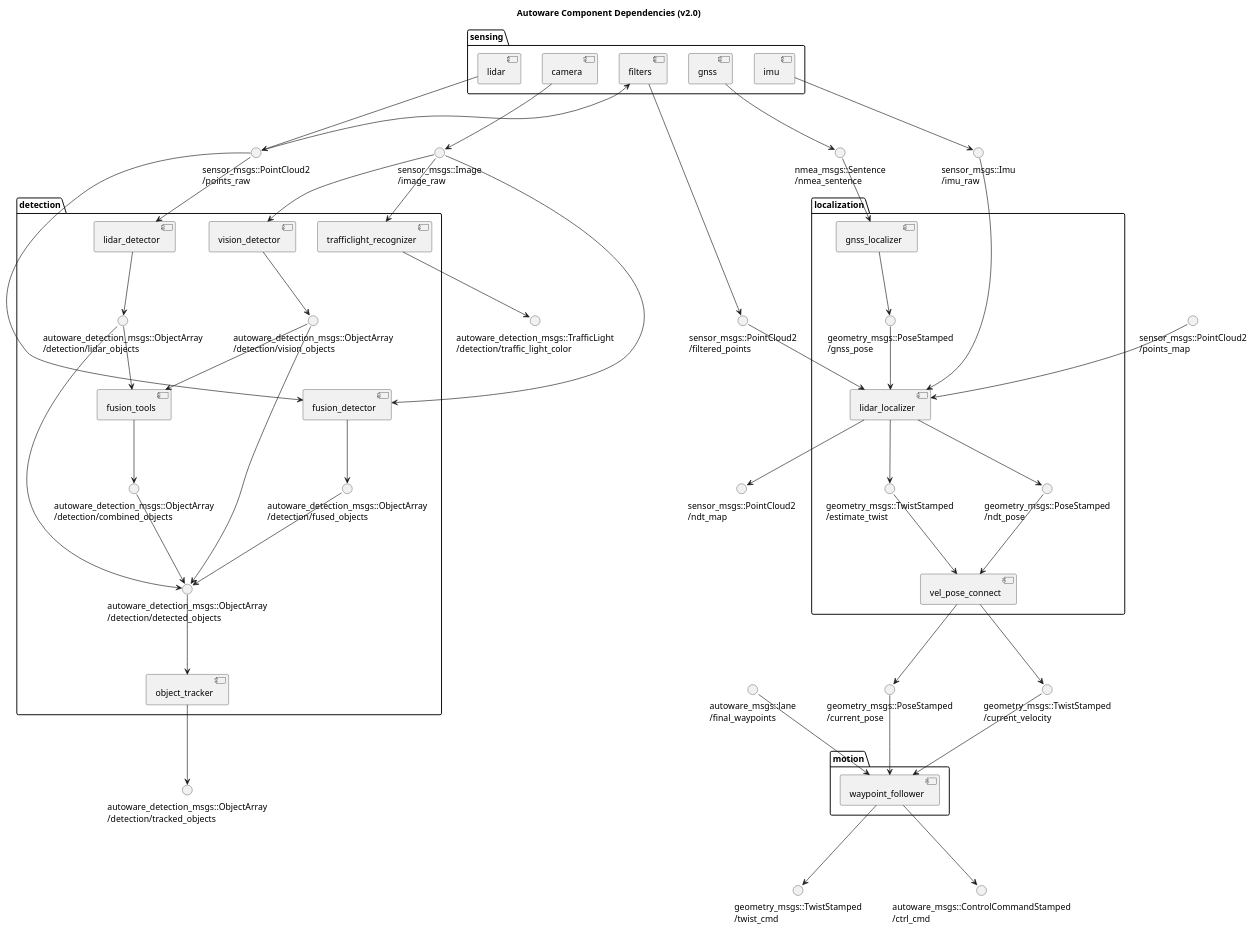
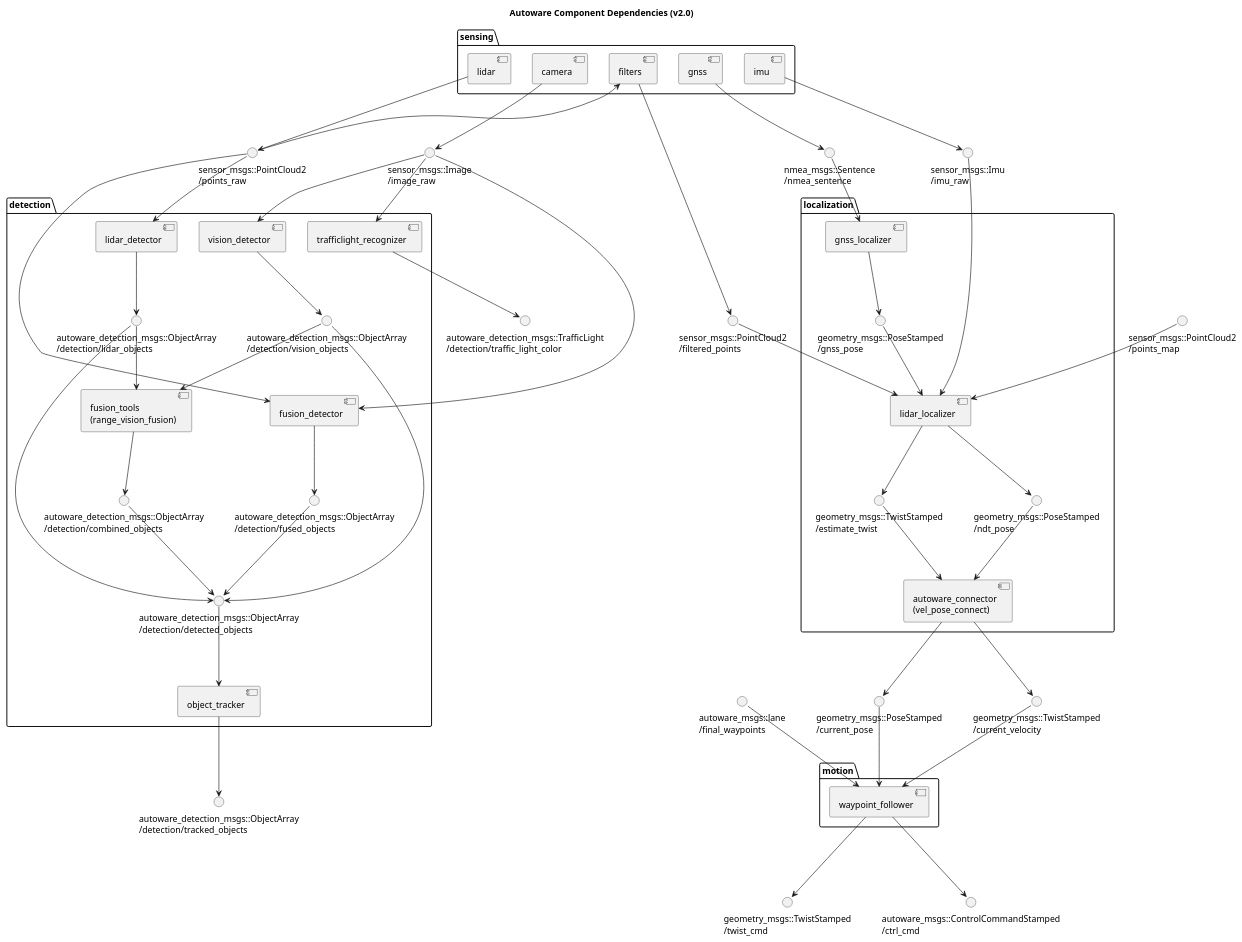
The diagram in docs/architecture/ComponentDiagram.pu (heyuliang/Autoware), drawn with PlantUML before and after one commit.

Commit message:
Show node name for util package

```diff
--- a/docs/architecture/ComponentDiagram.pu
+++ b/docs/architecture/ComponentDiagram.pu
@@ -1,148 +1,146 @@
 @startuml
 
 title Autoware Component Dependencies (v2.0)
 
 () "sensor_msgs::Image\n/image_raw" as image_raw
 () "sensor_msgs::PointCloud2\n/points_raw" as points_raw
 () "sensor_msgs::PointCloud2\n/filtered_points" as filtered_points
 () "sensor_msgs::Imu\n/imu_raw" as imu_raw 
 () "nmea_msgs::Sentence\n/nmea_sentence" as nmea_sentence
 
 folder sensing {
     [camera]
     'outputs
     camera --> image_raw
 
     [lidar]
     'outputs
     lidar --> points_raw
 
     [filters]
     'inputs
     points_raw --> filters
     'outputs
     filters --> filtered_points
 
     [imu]
     'outputs
     imu --> imu_raw
 
     [gnss]
     'outputs
     gnss --> nmea_sentence
 }
 
 () "autoware_detection_msgs::ObjectArray\n/detection/tracked_objects" as tracked_objects
 () "autoware_detection_msgs::TrafficLight\n/detection/traffic_light_color" as traffic_light_color
 
 folder detection {
     () "autoware_detection_msgs::ObjectArray\n/detection/vision_objects" as detected_objects_vision
     () "autoware_detection_msgs::ObjectArray\n/detection/lidar_objects" as detected_objects_lidar
     () "autoware_detection_msgs::ObjectArray\n/detection/combined_objects" as detected_objects_combined
     () "autoware_detection_msgs::ObjectArray\n/detection/fused_objects" as detected_objects_fused
     () "autoware_detection_msgs::ObjectArray\n/detection/detected_objects" as detected_objects
 
     [vision_detector]
     'inputs
     image_raw --> vision_detector
     'outputs
     vision_detector --> detected_objects_vision
 
     [lidar_detector]
     'inputs
     points_raw --> lidar_detector
     'outputs
     lidar_detector --> detected_objects_lidar
 
     [fusion_detector]
     'inputs
     image_raw --> fusion_detector
     points_raw --> fusion_detector
     'outputs
     fusion_detector --> detected_objects_fused
 
-    [fusion_tools]
+    [fusion_tools\n(range_vision_fusion)] as fusion_tools
     'inputs
     detected_objects_vision --> fusion_tools
     detected_objects_lidar --> fusion_tools
     'outputs
     fusion_tools --> detected_objects_combined
 
     'connection
     detected_objects_vision --> detected_objects
     detected_objects_lidar --> detected_objects
     detected_objects_combined --> detected_objects
     detected_objects_fused --> detected_objects
 
     [object_tracker]
     'inputs
     detected_objects --> object_tracker
     'outputs
     object_tracker --> tracked_objects
 
     [trafficlight_recognizer]
     'inputs
     image_raw --> trafficlight_recognizer
     'outputs
     trafficlight_recognizer --> traffic_light_color
 }
 
 'gnss_localizer
 
 'lidar_localizer
 () "sensor_msgs::PointCloud2\n/points_map" as points_map
-() "sensor_msgs::PointCloud2\n/ndt_map" as ndt_map
 
 'vel_pose_connect
 () "geometry_msgs::PoseStamped\n/current_pose" as current_pose
 () "geometry_msgs::TwistStamped\n/current_velocity" as current_velocity
 
 folder localization {
     () "geometry_msgs::PoseStamped\n/gnss_pose" as gnss_pose
     () "geometry_msgs::TwistStamped\n/estimate_twist" as estimate_twist
     () "geometry_msgs::PoseStamped\n/ndt_pose" as ndt_pose
 
     [gnss_localizer]
     'inputs
     nmea_sentence --> gnss_localizer
     'outputs
     gnss_localizer --> gnss_pose
 
     [lidar_localizer]
     'inputs
     gnss_pose --> lidar_localizer
     filtered_points --> lidar_localizer
     points_map --> lidar_localizer
     imu_raw --> lidar_localizer
     'outputs
     lidar_localizer --> estimate_twist
     lidar_localizer --> ndt_pose
-    lidar_localizer --> ndt_map
 
-    [vel_pose_connect]
+    [autoware_connector\n(vel_pose_connect)] as vel_pose_connect
     'inputs
     estimate_twist --> vel_pose_connect
     ndt_pose --> vel_pose_connect
     'outputs
     vel_pose_connect --> current_pose
     vel_pose_connect --> current_velocity
 
     '[dead_reckoner] @ Autoware v2.0
 }
 
 () "autoware_msgs::lane\n/final_waypoints" as final_waypoints
 () "geometry_msgs::TwistStamped\n/twist_cmd" as twist_cmd
 () "autoware_msgs::ControlCommandStamped\n/ctrl_cmd" as ctrl_cmd
 
 folder motion {
     [waypoint_follower]
     'inputs
     current_pose --> waypoint_follower
     current_velocity --> waypoint_follower
     final_waypoints --> waypoint_follower
     'outputs
     waypoint_follower --> twist_cmd
     waypoint_follower --> ctrl_cmd
 }
 
 @enduml
```
